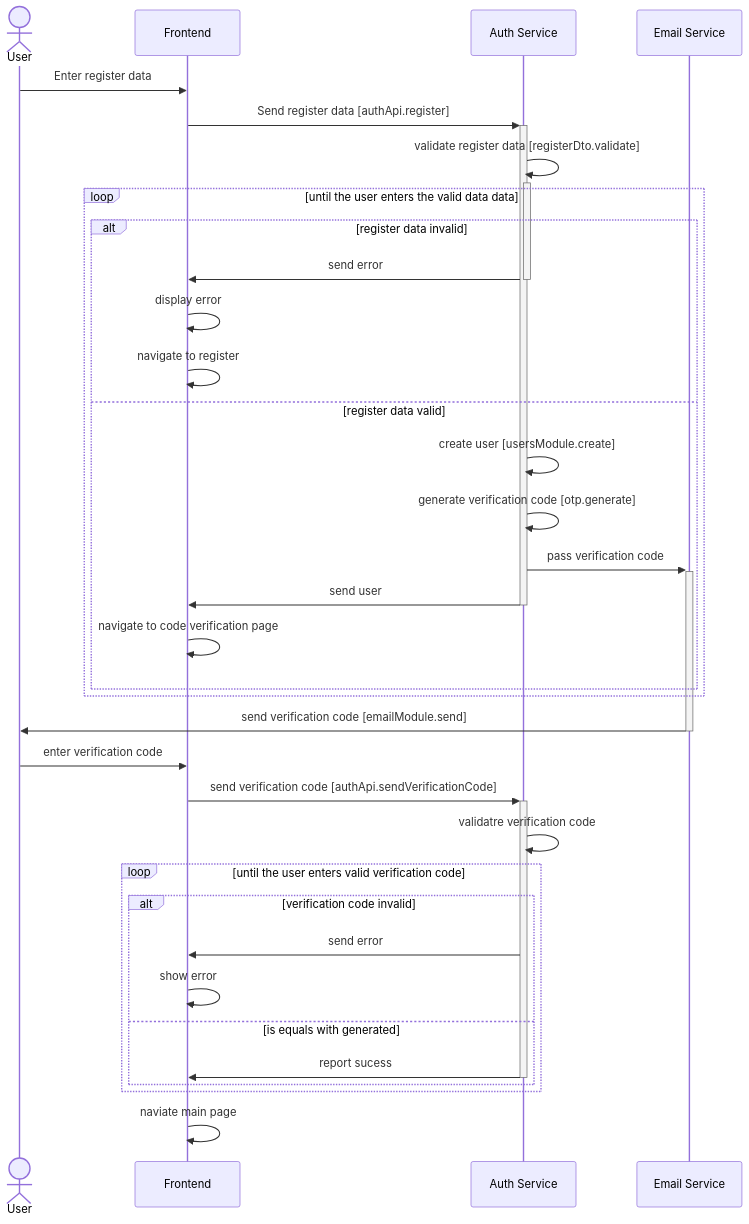
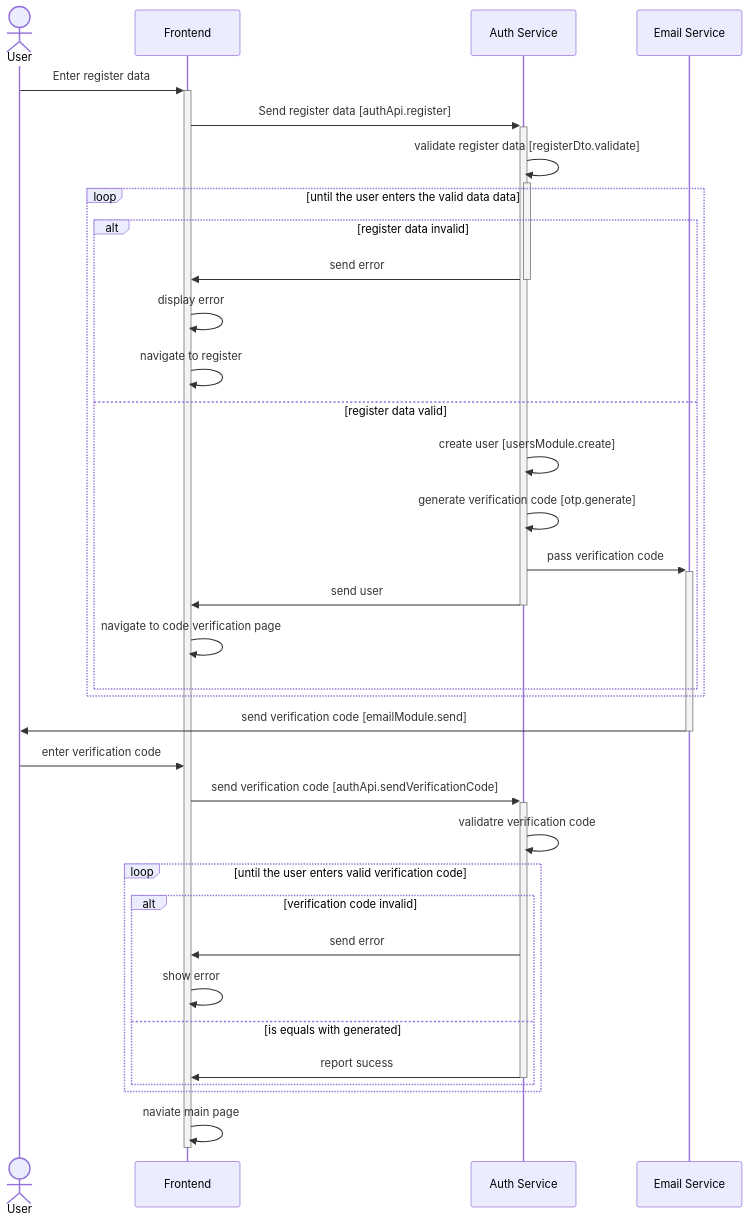
One commit to Hyperlivus/KPI-Labs changed the diagram in lab3/declarative/main.mmd. Above: the diagram before and after it, drawn with Mermaid. The commit also changed 2 other files, not shown here.

```diff
--- a/lab3/declarative/main.mmd
+++ b/lab3/declarative/main.mmd
@@ -1,41 +1,41 @@
 sequenceDiagram
     actor user as User
     participant frontend as Frontend
     participant auth as Auth Service
     participant email as Email Service
 
 
-    user ->> frontend: Enter register data
+    user ->>+ frontend: Enter register data
     frontend ->>+ auth: Send register data [authApi.register]
     auth ->>+ auth: validate register data [registerDto.validate]
 
     loop until the user enters the valid data data  
     alt register data invalid
         auth ->>- frontend: send error
         frontend ->> frontend: display error
         frontend ->> frontend: navigate to register
     else register data valid
         auth ->> auth: create user [usersModule.create]
             auth ->> auth: generate verification code [otp.generate]
             auth ->>+ email: pass verification code
             auth ->>- frontend: send user
             frontend ->> frontend: navigate to code verification page
     end
     end
 
     email->>- user: send verification code [emailModule.send]
 
     user ->> frontend: enter verification code
     frontend ->>+ auth: send verification code [authApi.sendVerificationCode]
 
     auth ->> auth: validatre verification code
 
     loop until the user enters valid verification code
     alt verification code invalid
         auth ->> frontend: send error
         frontend ->> frontend: show error
     else is equals with generated
         auth ->>- frontend: report sucess
     end
     end
-    frontend ->> frontend: naviate main page
+    frontend ->>- frontend: naviate main page
```
